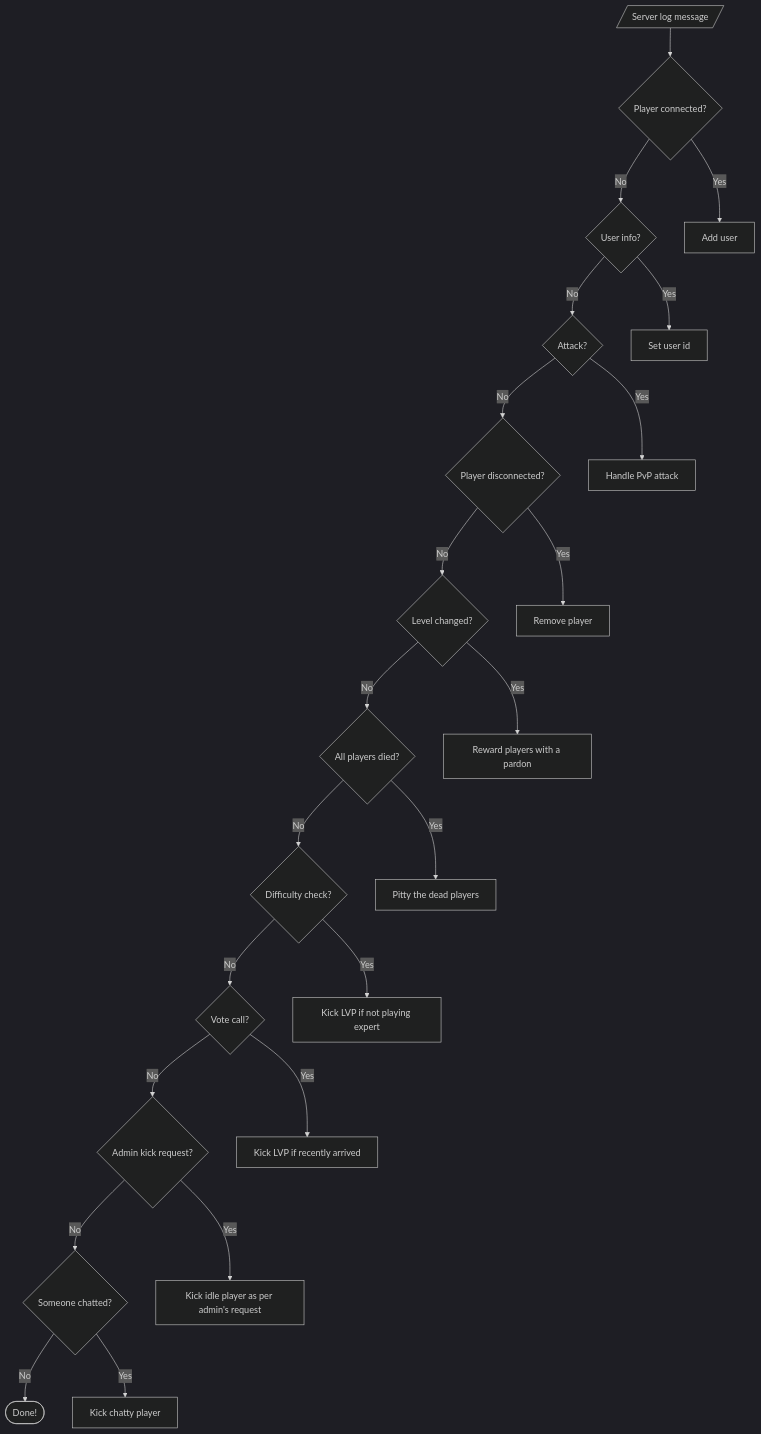
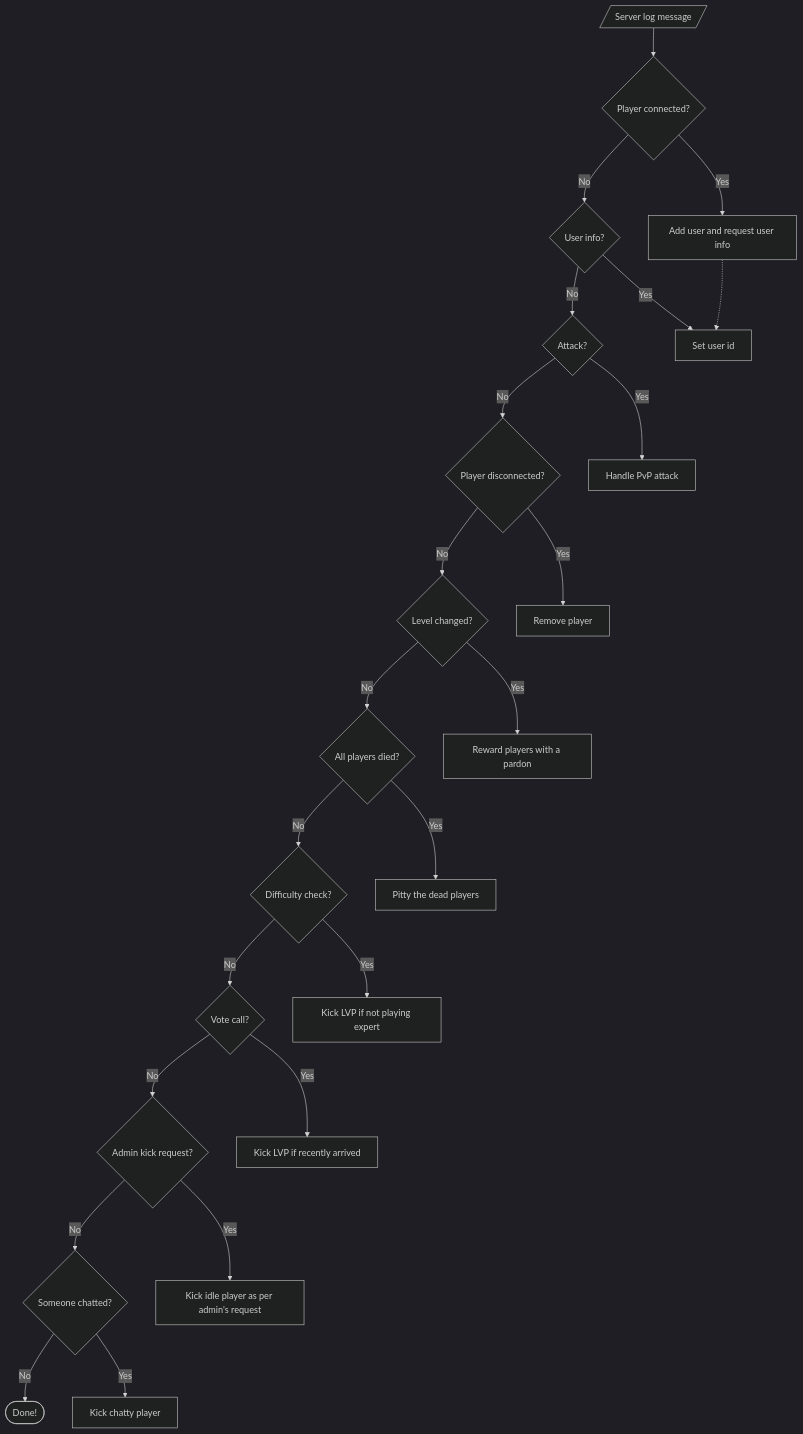
Before and after one commit to carlosjhr64/l4d2-observer: the diagram in README.md, drawn with Mermaid (dark theme).

Commit message:
mermaid - dotted

````diff
--- a/README.md
+++ b/README.md
@@ -32,24 +32,25 @@
 ```mermaid
 flowchart TD;
   LogMsg[/Server log message/] --> Connected{Player connected?};
   Connected -->|No| UserInfo{User info?};
-  Connected -->|Yes| ProcessConnected[Add user];
+  Connected -->|Yes| ProcessConnected[Add user and request user info];
   UserInfo -->|No| Attack{Attack?};
   UserInfo -->|Yes| ProcessUserInfo[Set user id];
+  ProcessConnected -.-> ProcessUserInfo;
   Attack -->|No| Dropped{Player disconnected?};
   Attack -->|Yes| ProcessAttack[Handle PvP attack]
   Dropped -->|No| ChangeLevel{Level changed?}
   Dropped -->|Yes| ProcessDropped[Remove player]
   ChangeLevel -->|No| InitDirectorScript{All players died?}
   ChangeLevel -->|Yes| ProcessChangeLevel[Reward players with a pardon]
   InitDirectorScript -->|No| DifficultyCheck{Difficulty check?}
   InitDirectorScript -->|Yes| ProcessInitDirectorScript[Pitty the dead players]
   DifficultyCheck -->|No| PotentialVote{Vote call?}
   DifficultyCheck -->|Yes| ProcessDifficultyCheck[Kick LVP if not playing expert] 
   PotentialVote --> |No| IdleKick{Admin kick request?}
   PotentialVote --> |Yes| ProcessPotentialVote[Kick LVP if recently arrived]
   IdleKick --> |No| Chat{Someone chatted?}
   IdleKick --> |Yes| ProcessIdleKick[Kick idle player as per admin's request]
   Chat --> |No| Stop([Done!])
   Chat --> |Yes| ProcessChat[Kick chatty player]
 ```
````
